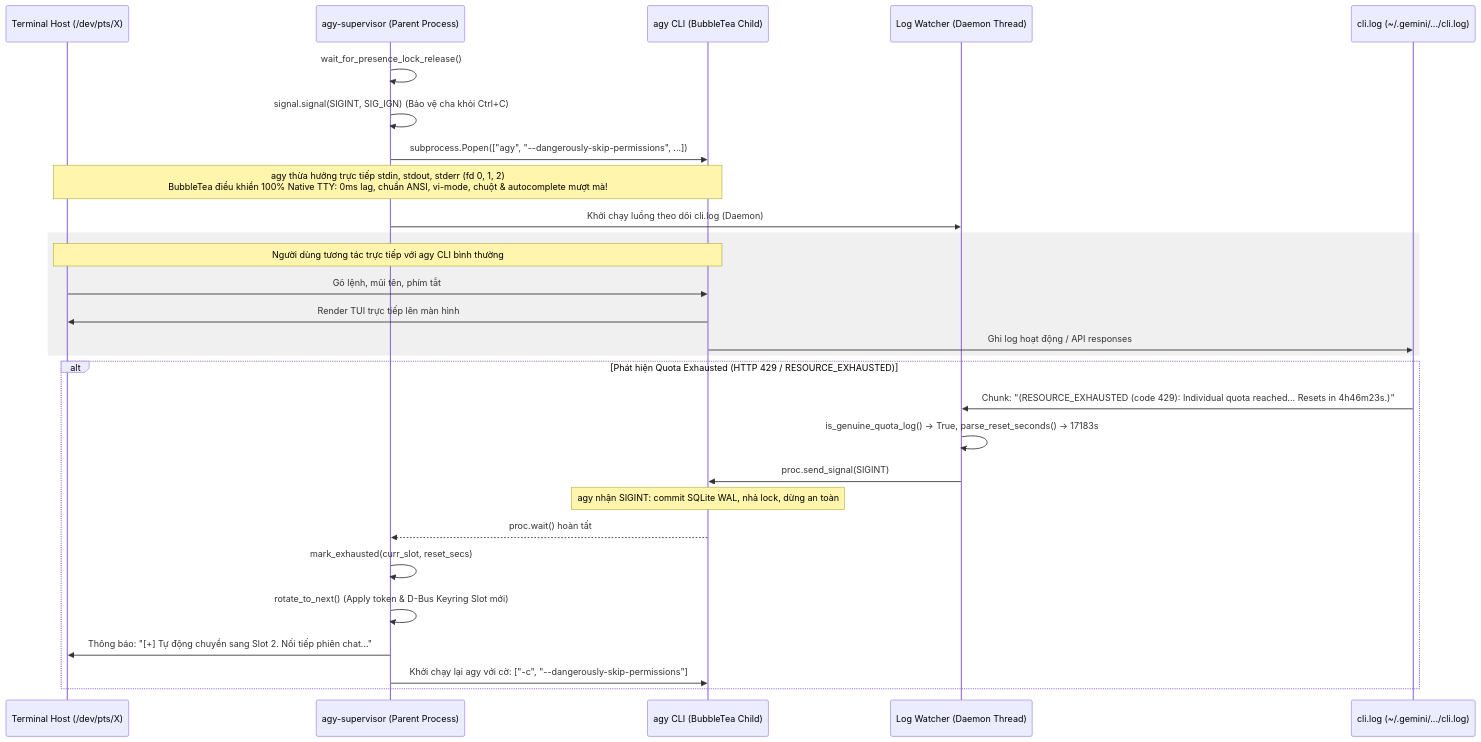
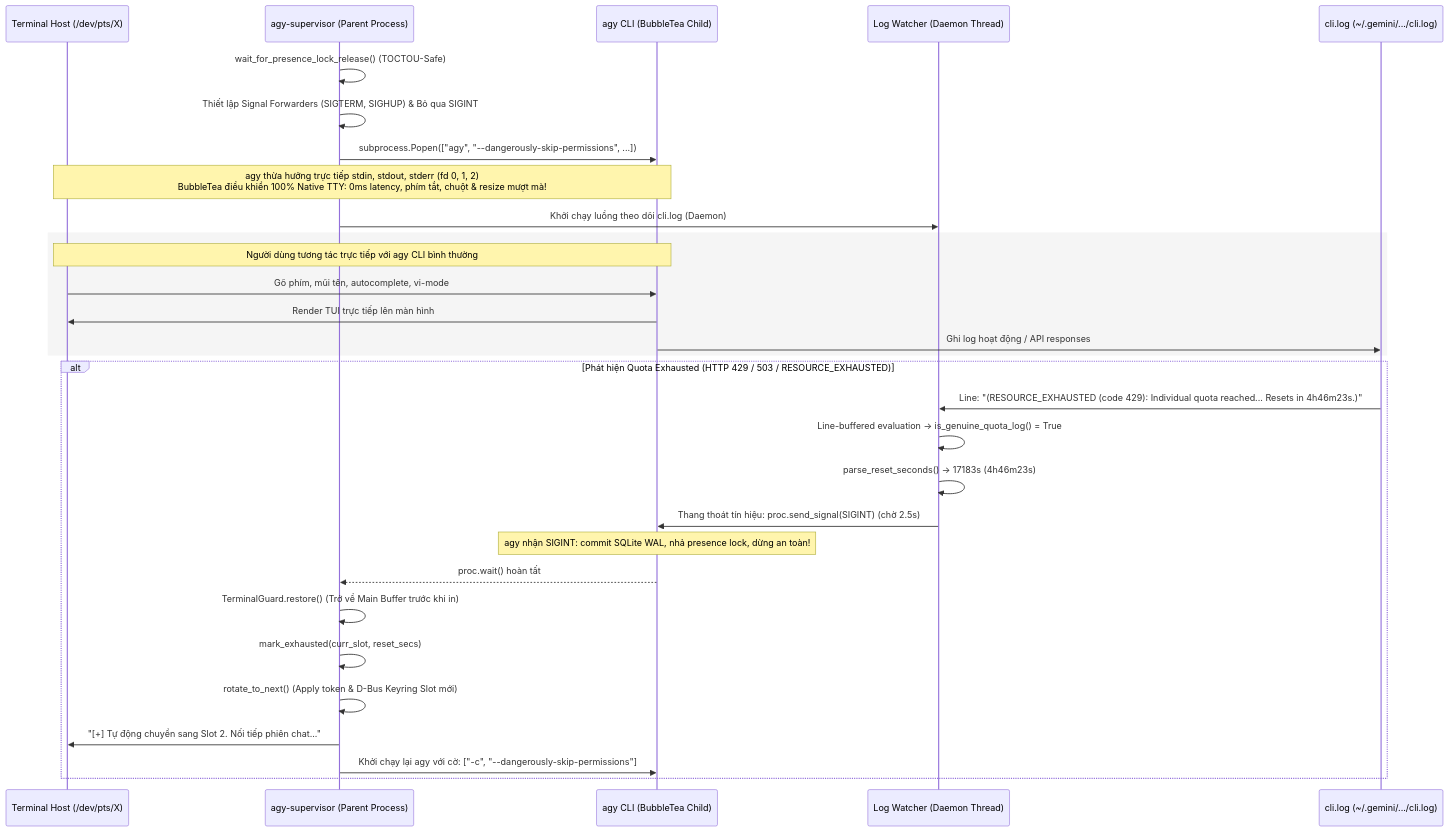
Before and after one commit to Tc3s/Gr33d-4gy: the diagram in docs/ARCHITECTURE.md, drawn with Mermaid. The commit also changed other lines of this file and 8 other files, not shown here.

````diff
--- a/docs/ARCHITECTURE.md
+++ b/docs/ARCHITECTURE.md
@@ -21,34 +21,36 @@
 ```mermaid
 sequenceDiagram
     participant User as Terminal Host (/dev/pts/X)
     participant Supervisor as agy-supervisor (Parent Process)
     participant agy as agy CLI (BubbleTea Child)
     participant Watcher as Log Watcher (Daemon Thread)
     participant Log as cli.log (~/.gemini/.../cli.log)
 
-    Supervisor->>Supervisor: wait_for_presence_lock_release()
-    Supervisor->>Supervisor: signal.signal(SIGINT, SIG_IGN) (Bảo vệ cha khỏi Ctrl+C)
+    Supervisor->>Supervisor: wait_for_presence_lock_release() (TOCTOU-Safe)
+    Supervisor->>Supervisor: Thiết lập Signal Forwarders (SIGTERM, SIGHUP) & Bỏ qua SIGINT
     Supervisor->>agy: subprocess.Popen(["agy", "--dangerously-skip-permissions", ...])
-    Note over agy, User: agy thừa hưởng trực tiếp stdin, stdout, stderr (fd 0, 1, 2)<br/>BubbleTea điều khiển 100% Native TTY: 0ms lag, chuẩn ANSI, vi-mode, chuột & autocomplete mượt mà!
+    Note over agy, User: agy thừa hưởng trực tiếp stdin, stdout, stderr (fd 0, 1, 2)<br/>BubbleTea điều khiển 100% Native TTY: 0ms latency, phím tắt, chuột & resize mượt mà!
     
     Supervisor->>Watcher: Khởi chạy luồng theo dõi cli.log (Daemon)
     
-    rect rgb(240, 240, 240)
+    rect rgb(245, 245, 245)
         Note over User, agy: Người dùng tương tác trực tiếp với agy CLI bình thường
-        User->>agy: Gõ lệnh, mũi tên, phím tắt
+        User->>agy: Gõ phím, mũi tên, autocomplete, vi-mode
         agy->>User: Render TUI trực tiếp lên màn hình
         agy->>Log: Ghi log hoạt động / API responses
     end
 
-    alt Phát hiện Quota Exhausted (HTTP 429 / RESOURCE_EXHAUSTED)
-        Log->>Watcher: Chunk: "(RESOURCE_EXHAUSTED (code 429): Individual quota reached... Resets in 4h46m23s.)"
-        Watcher->>Watcher: is_genuine_quota_log() -> True, parse_reset_seconds() -> 17183s
-        Watcher->>agy: proc.send_signal(SIGINT)
-        Note over agy: agy nhận SIGINT: commit SQLite WAL, nhả lock, dừng an toàn
+    alt Phát hiện Quota Exhausted (HTTP 429 / 503 / RESOURCE_EXHAUSTED)
+        Log->>Watcher: Line: "(RESOURCE_EXHAUSTED (code 429): Individual quota reached... Resets in 4h46m23s.)"
+        Watcher->>Watcher: Line-buffered evaluation -> is_genuine_quota_log() = True
+        Watcher->>Watcher: parse_reset_seconds() -> 17183s (4h46m23s)
+        Watcher->>agy: Thang thoát tín hiệu: proc.send_signal(SIGINT) (chờ 2.5s)
+        Note over agy: agy nhận SIGINT: commit SQLite WAL, nhả presence lock, dừng an toàn!
         agy-->>Supervisor: proc.wait() hoàn tất
+        Supervisor->>Supervisor: TerminalGuard.restore() (Trở về Main Buffer trước khi in)
         Supervisor->>Supervisor: mark_exhausted(curr_slot, reset_secs)
         Supervisor->>Supervisor: rotate_to_next() (Apply token & D-Bus Keyring Slot mới)
-        Supervisor->>User: Thông báo: "[+] Tự động chuyển sang Slot 2. Nối tiếp phiên chat..."
+        Supervisor->>User: "[+] Tự động chuyển sang Slot 2. Nối tiếp phiên chat..."
         Supervisor->>agy: Khởi chạy lại agy với cờ: ["-c", "--dangerously-skip-permissions"]
     end
 ```
````
